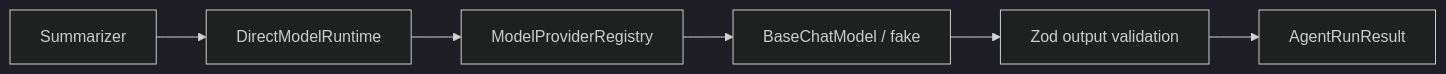
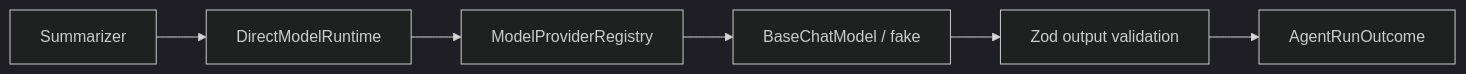
The third of 4 diagrams in README.md (sarreche/boio-agents-lab), drawn with Mermaid (dark theme) before and after one commit. The commit also changed other lines of this file and 29 other files, not shown here.

````diff
--- a/README.md
+++ b/README.md
@@ -139,8 +154,8 @@
 ```mermaid
 flowchart LR
     Summarizer --> Runtime[DirectModelRuntime]
     Runtime --> Registry[ModelProviderRegistry]
     Registry --> Model[BaseChatModel / fake]
     Model --> Validate[Zod output validation]
-    Validate --> Result[AgentRunResult]
+    Validate --> Result[AgentRunOutcome]
 ```
````
